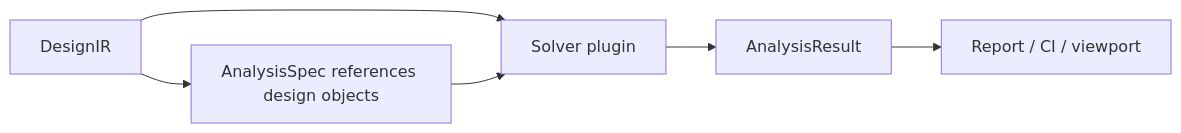
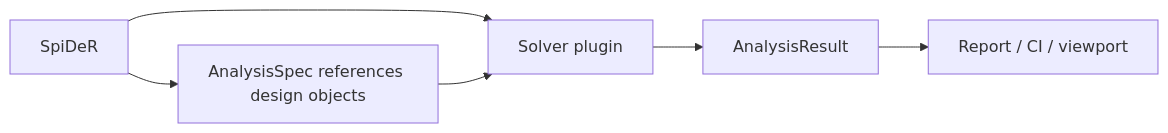
Before and after one commit to krishna-swaroop/SPIKE: the diagram in docs/CONTRACTS.md, drawn with Mermaid. The commit also changed other lines of this file and 523 other files, not shown here.

````diff
--- a/docs/CONTRACTS.md
+++ b/docs/CONTRACTS.md
@@ -10,8 +17,8 @@
 ```mermaid
 flowchart LR
-    Design["DesignIR"] --> Spec["AnalysisSpec references design objects"]
+    Design["SpiDeR"] --> Spec["AnalysisSpec references design objects"]
     Design --> Solver["Solver plugin"]
     Spec --> Solver
     Solver --> Result["AnalysisResult"]
     Result --> Report["Report / CI / viewport"]
 ```
````
